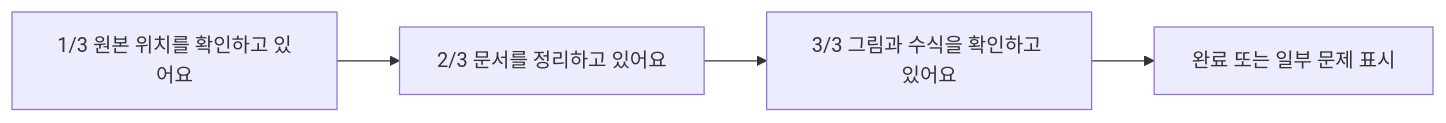
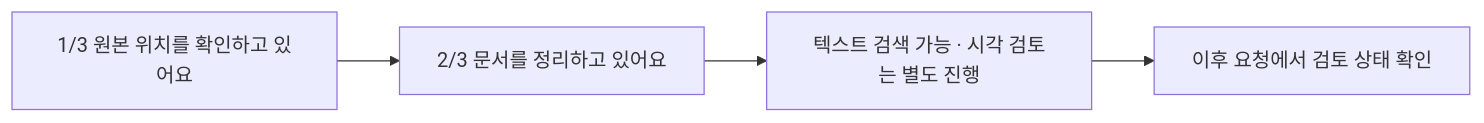
The tenth of 10 diagrams in docs/technical/README.md (LWH4Data/research-agent), drawn with Mermaid before and after one commit. The commit also changed other lines of this file and 69 other files, not shown here.

````diff
--- a/docs/technical/README.md
+++ b/docs/technical/README.md
@@ -1207,6 +1371,6 @@
 ```mermaid
 flowchart LR
     A[1/3 원본 위치를 확인하고 있어요] --> B[2/3 문서를 정리하고 있어요]
-    B --> C[3/3 그림과 수식을 확인하고 있어요]
-    C --> D[완료 또는 일부 문제 표시]
+    B --> C[텍스트 검색 가능 · 시각 검토는 별도 진행]
+    C --> D[이후 요청에서 검토 상태 확인]
 ```
````
